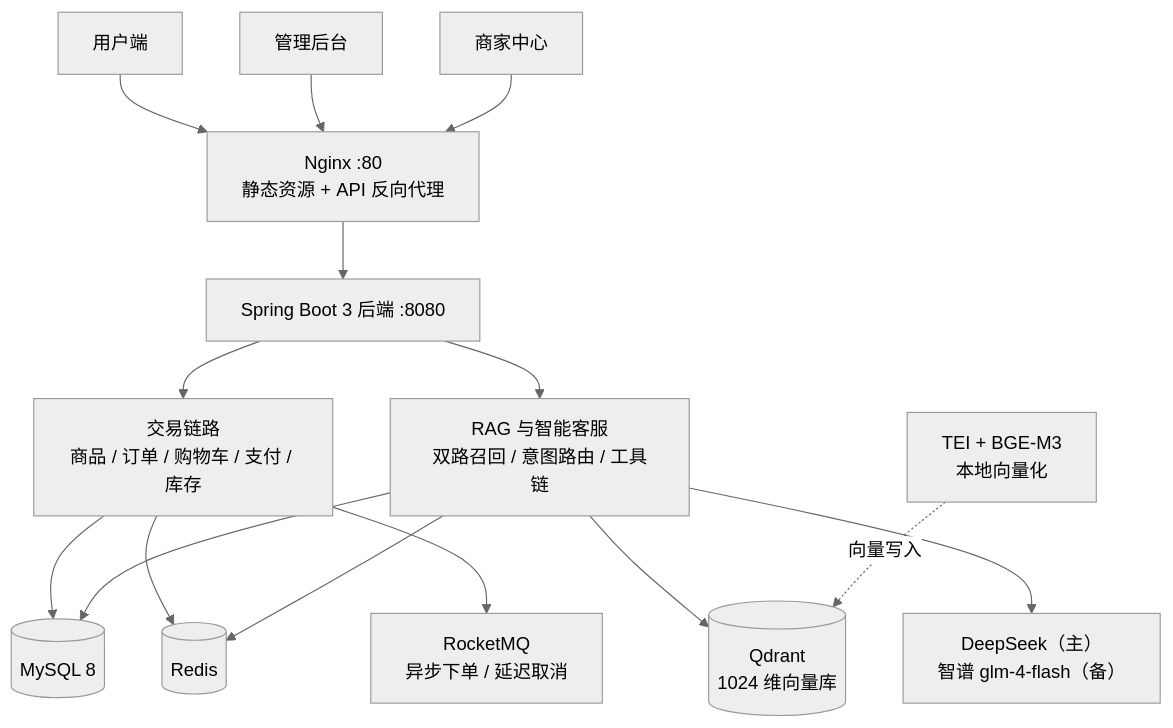
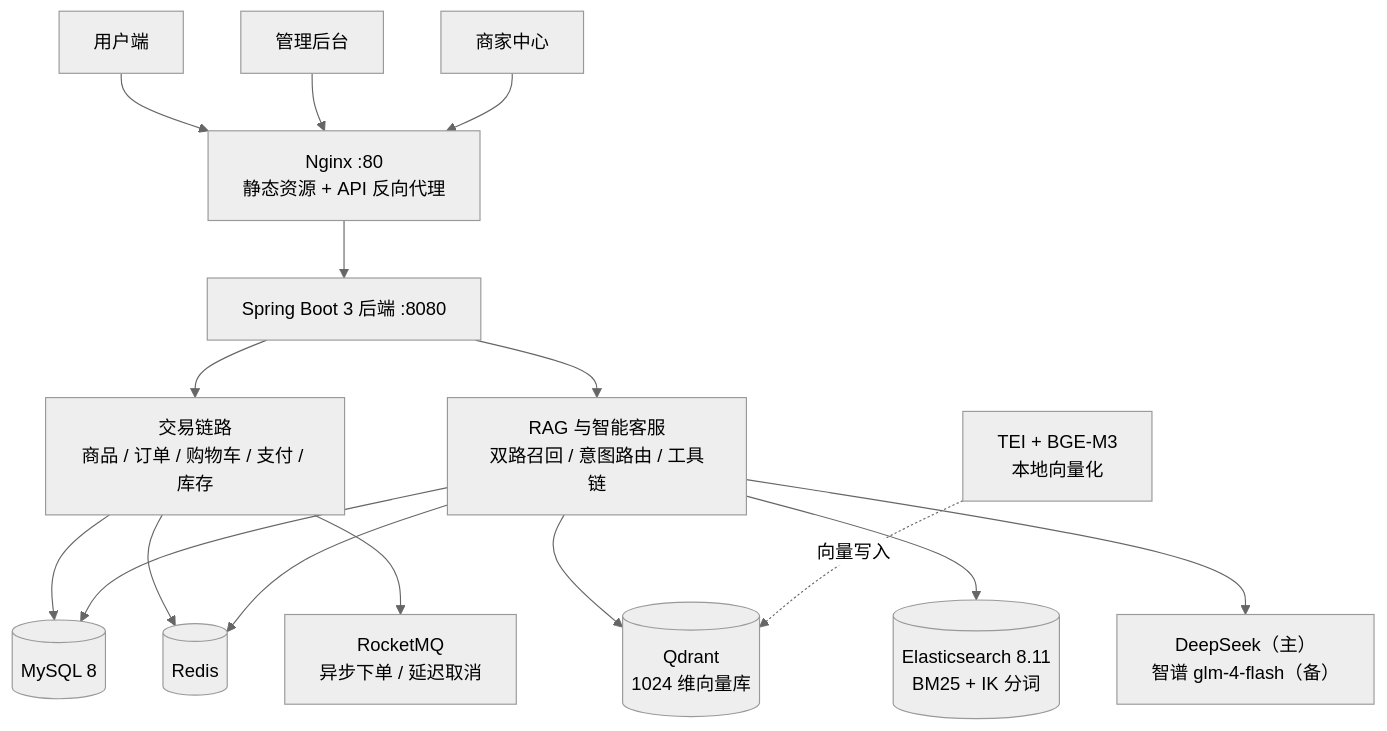
Before and after one commit to Nostalgic-plume/starcraft-premium: the diagram in README.md, drawn with Mermaid (neutral theme). The commit also changed other lines of this file and 1 other file, not shown here.

````diff
--- a/README.md
+++ b/README.md
@@ -22,20 +22,21 @@
 ```mermaid
 flowchart TB
     U["用户端"] --> NG
     A["管理后台"] --> NG
     M["商家中心"] --> NG
     NG["Nginx :80<br/>静态资源 + API 反向代理"] --> BE["Spring Boot 3 后端 :8080"]
 
     BE --> BIZ["交易链路<br/>商品 / 订单 / 购物车 / 支付 / 库存"]
     BE --> RAGC["RAG 与智能客服<br/>双路召回 / 意图路由 / 工具链"]
 
     BIZ --> DB[("MySQL 8")]
     BIZ --> RD[("Redis")]
     BIZ --> MQ["RocketMQ<br/>异步下单 / 延迟取消"]
 
     RAGC --> DB
     RAGC --> RD
     RAGC --> QD[("Qdrant<br/>1024 维向量库")]
+    RAGC --> ES[("Elasticsearch 8.11<br/>BM25 + IK 分词")]
     RAGC --> LLM["DeepSeek（主）<br/>智谱 glm-4-flash（备）"]
     TEI["TEI + BGE-M3<br/>本地向量化"] -.向量写入.-> QD
 ```
````
